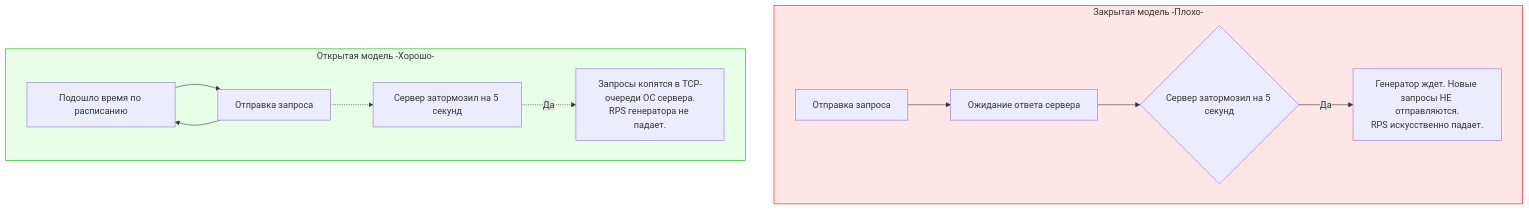
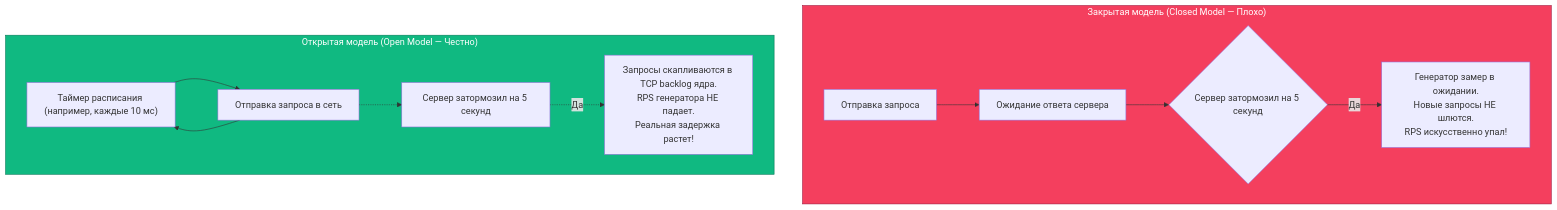
Before and after one commit to UnrealTemplier/go-textbook: the second of 3 diagrams in sources/16. Профилирование, отладка и производительность/10. Highload/1. Load testing.md, drawn with Mermaid. The commit also changed other lines of this file, not shown here.

````diff
--- a/sources/16. Профилирование, отладка и производительность/10. Highload/1. Load testing.md
+++ b/sources/16. Профилирование, отладка и производительность/10. Highload/1. Load testing.md
@@ -52,17 +75,18 @@
 ```mermaid
 flowchart TD
-    subgraph Closed ["Закрытая модель -Плохо-"]
+    subgraph Closed ["Закрытая модель (Closed Model — Плохо)"]
         A["Отправка запроса"] --> B["Ожидание ответа сервера"]
         B --> C{"Сервер затормозил на 5 секунд"}
-        C -- "Да" --> D["Генератор ждет. Новые запросы НЕ отправляются.<br>RPS искусственно падает."]
+        C -- "Да" --> D["Генератор замер в ожидании.<br/>Новые запросы НЕ шлются.<br/>RPS искусственно упал!"]
     end
-    subgraph Open ["Открытая модель -Хорошо-"]
-        E["Подошло время по расписанию"] --> F["Отправка запроса"]
+    
+    subgraph Open ["Открытая модель (Open Model — Честно)"]
+        E["Таймер расписания (например, каждые 10 мс)"] --> F["Отправка запроса в сеть"]
         F --> E
         F -.-> G["Сервер затормозил на 5 секунд"]
-        G -. "Да" .-> H["Запросы копятся в TCP-очереди ОС сервера.<br>RPS генератора не падает."]
+        G -. "Да" .-> H["Запросы скапливаются в TCP backlog ядра.<br/>RPS генератора НЕ падает.<br/>Реальная задержка растет!"]
     end
     
-    style Closed fill:#ffe6e6,stroke:#ff0000
-    style Open fill:#e6ffe6,stroke:#00aa00
+    style Closed fill:#f43f5e,stroke:#9f1239,stroke-width:1px,color:#fff
+    style Open fill:#10b981,stroke:#047857,stroke-width:1px,color:#fff
 ```
````
